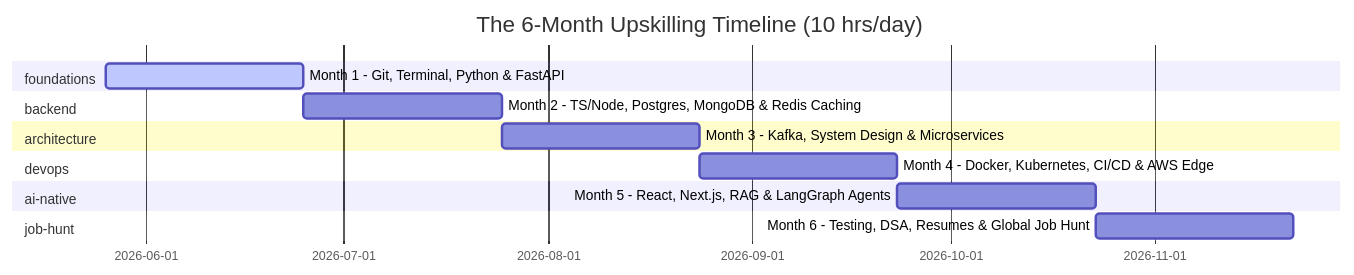
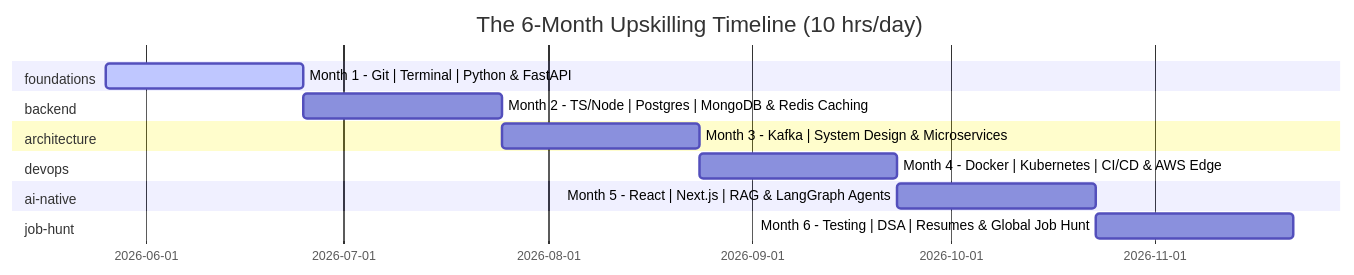
Before and after one commit to chirag127/oriz-blog: the second of 3 diagrams in src/content/blog/it-career-guide/index.mdx, drawn with Mermaid. The commit also changed other lines of this file and 25 other files, not shown here.

Commit message:
feat(career): added Batches 2 & 3 content, fixed Mermaid conflicts with Expressive Code, and resolved tag routing bug

````diff
--- a/src/content/blog/it-career-guide/index.mdx
+++ b/src/content/blog/it-career-guide/index.mdx
@@ -96,17 +96,17 @@
 ```mermaid
 gantt
     title The 6-Month Upskilling Timeline (10 hrs/day)
     dateFormat  YYYY-MM-DD
     section foundations
-    Month 1 - Git, Terminal, Python & FastAPI         :active, 2026-05-26, 30d
+    Month 1 - Git | Terminal | Python & FastAPI         :active, 2026-05-26, 30d
     section backend
-    Month 2 - TS/Node, Postgres, MongoDB & Redis Caching : 2026-06-25, 30d
+    Month 2 - TS/Node | Postgres | MongoDB & Redis Caching : 2026-06-25, 30d
     section architecture
-    Month 3 - Kafka, System Design & Microservices     : 2026-07-25, 30d
+    Month 3 - Kafka | System Design & Microservices     : 2026-07-25, 30d
     section devops
-    Month 4 - Docker, Kubernetes, CI/CD & AWS Edge     : 2026-08-24, 30d
+    Month 4 - Docker | Kubernetes | CI/CD & AWS Edge     : 2026-08-24, 30d
     section ai-native
-    Month 5 - React, Next.js, RAG & LangGraph Agents   : 2026-09-23, 30d
+    Month 5 - React | Next.js | RAG & LangGraph Agents   : 2026-09-23, 30d
     section job-hunt
-    Month 6 - Testing, DSA, Resumes & Global Job Hunt  : 2026-10-23, 30d
+    Month 6 - Testing | DSA | Resumes & Global Job Hunt  : 2026-10-23, 30d
 ```
````
